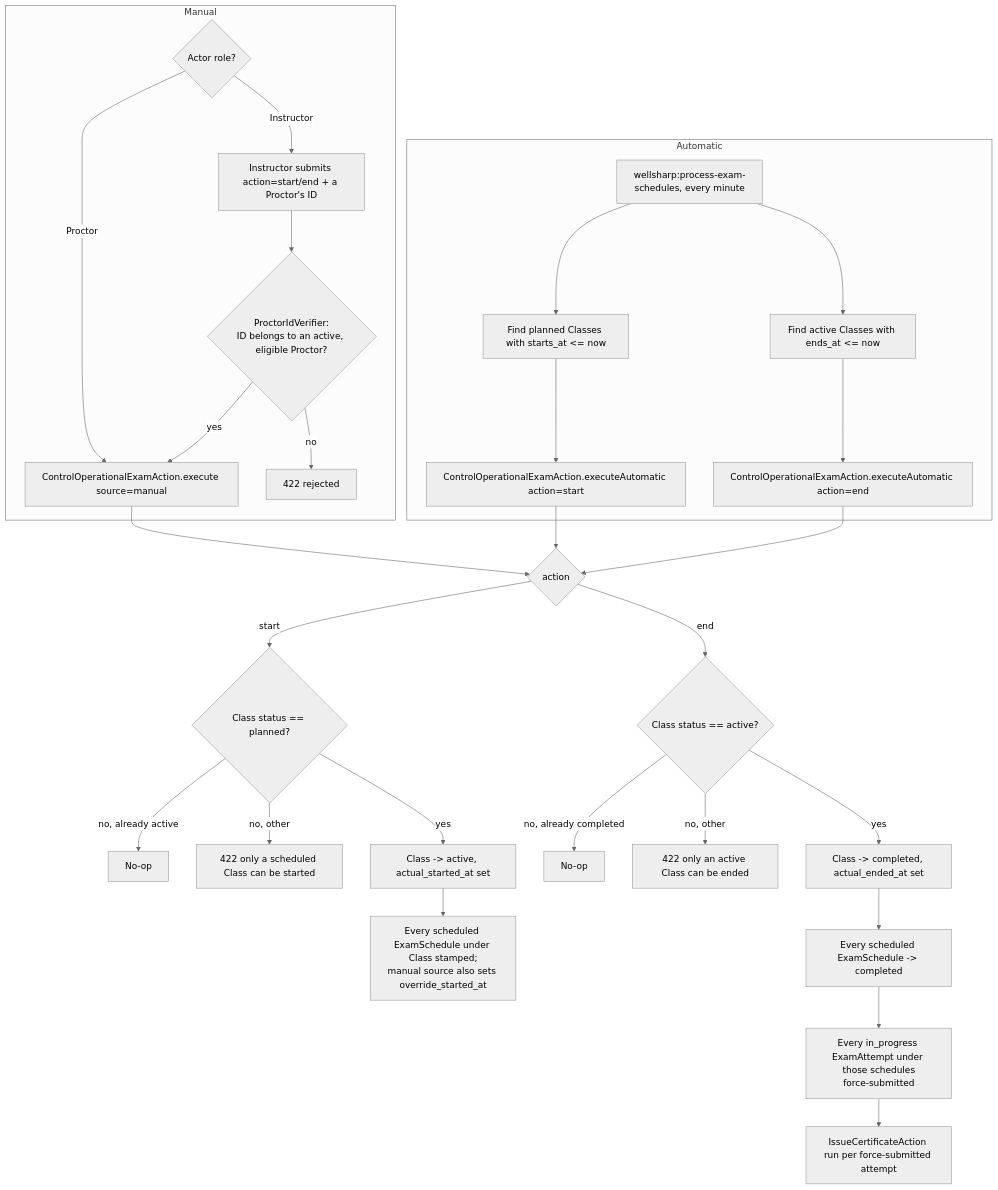
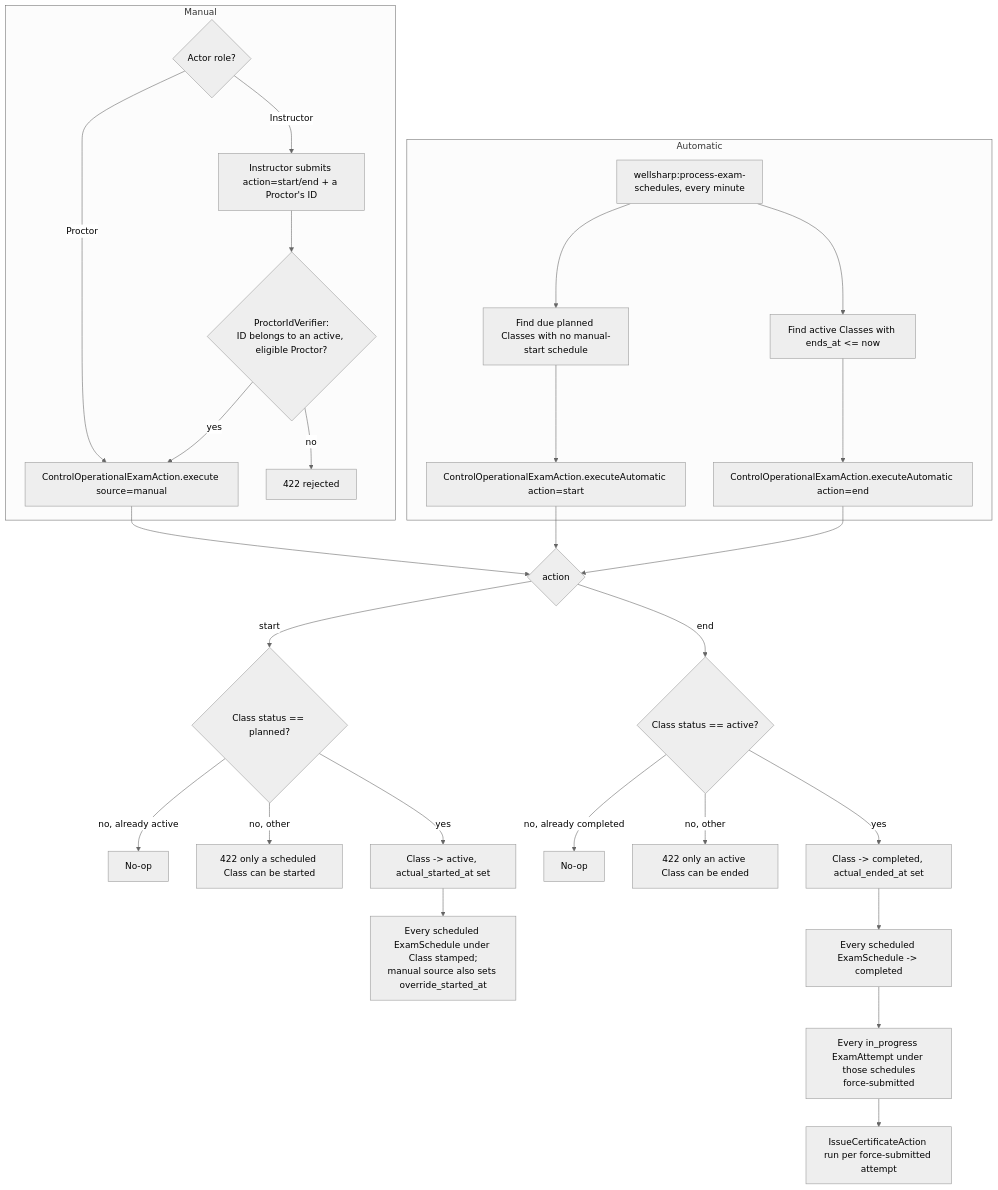
The third of 3 diagrams in BUSINESS_FLOWS.md (agaber-storeus/Wellsharp), drawn with Mermaid (neutral theme) before and after one commit. The commit also changed other lines of this file and 19 other files, not shown here.

````diff
--- a/BUSINESS_FLOWS.md
+++ b/BUSINESS_FLOWS.md
@@ -51,31 +52,31 @@
 ```mermaid
 flowchart TD
     subgraph Manual
         A0{Actor role?}
         A0 -- Proctor --> A4[ControlOperationalExamAction.execute source=manual]
         A0 -- Instructor --> A1[Instructor submits action=start/end + a Proctor's ID] --> A2{ProctorIdVerifier:<br/>ID belongs to an active, eligible Proctor?}
         A2 -- no --> A3[422 rejected]
         A2 -- yes --> A4
     end
     subgraph Automatic
-        B1[wellsharp:process-exam-schedules, every minute] --> B2[Find planned Classes with starts_at <= now]
+        B1[wellsharp:process-exam-schedules, every minute] --> B2[Find due planned Classes with no manual-start schedule]
         B1 --> B3[Find active Classes with ends_at <= now]
         B2 --> B4[ControlOperationalExamAction.executeAutomatic action=start]
         B3 --> B5[ControlOperationalExamAction.executeAutomatic action=end]
     end
     A4 --> C{action}
     B4 --> C
     B5 --> C
     C -- start --> D{Class status == planned?}
     D -- no, already active --> D1[No-op]
     D -- no, other --> D2[422 only a scheduled Class can be started]
     D -- yes --> D3[Class -> active, actual_started_at set]
     D3 --> D4[Every scheduled ExamSchedule under Class stamped;<br/>manual source also sets override_started_at]
     C -- end --> E{Class status == active?}
     E -- no, already completed --> E1[No-op]
     E -- no, other --> E2[422 only an active Class can be ended]
     E -- yes --> E3[Class -> completed, actual_ended_at set]
     E3 --> E4[Every scheduled ExamSchedule -> completed]
     E4 --> E5[Every in_progress ExamAttempt under those schedules<br/>force-submitted]
     E5 --> E6[IssueCertificateAction run per force-submitted attempt]
 ```
````
